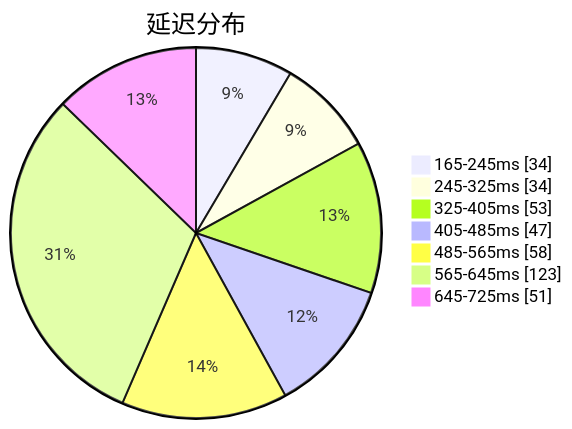
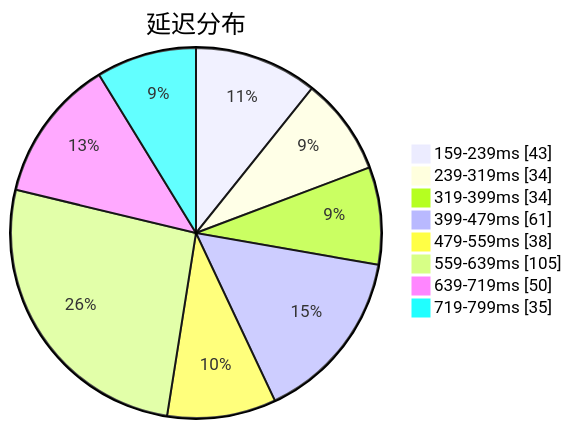
The first of 3 diagrams in subs/statistics/tested_within.md (qjlxg/airport), drawn with Mermaid before and after one commit. The commit also changed other lines of this file and 2 other files, not shown here.

````diff
--- a/subs/statistics/tested_within.md
+++ b/subs/statistics/tested_within.md
@@ -2,11 +2,12 @@
 ```mermaid
 pie showData
 title 延迟分布
-"165-245ms" : 34
-"245-325ms" : 34
-"325-405ms" : 53
-"405-485ms" : 47
-"485-565ms" : 58
-"565-645ms" : 123
-"645-725ms" : 51
+"159-239ms" : 43
+"239-319ms" : 34
+"319-399ms" : 34
+"399-479ms" : 61
+"479-559ms" : 38
+"559-639ms" : 105
+"639-719ms" : 50
+"719-799ms" : 35
 ```
````
